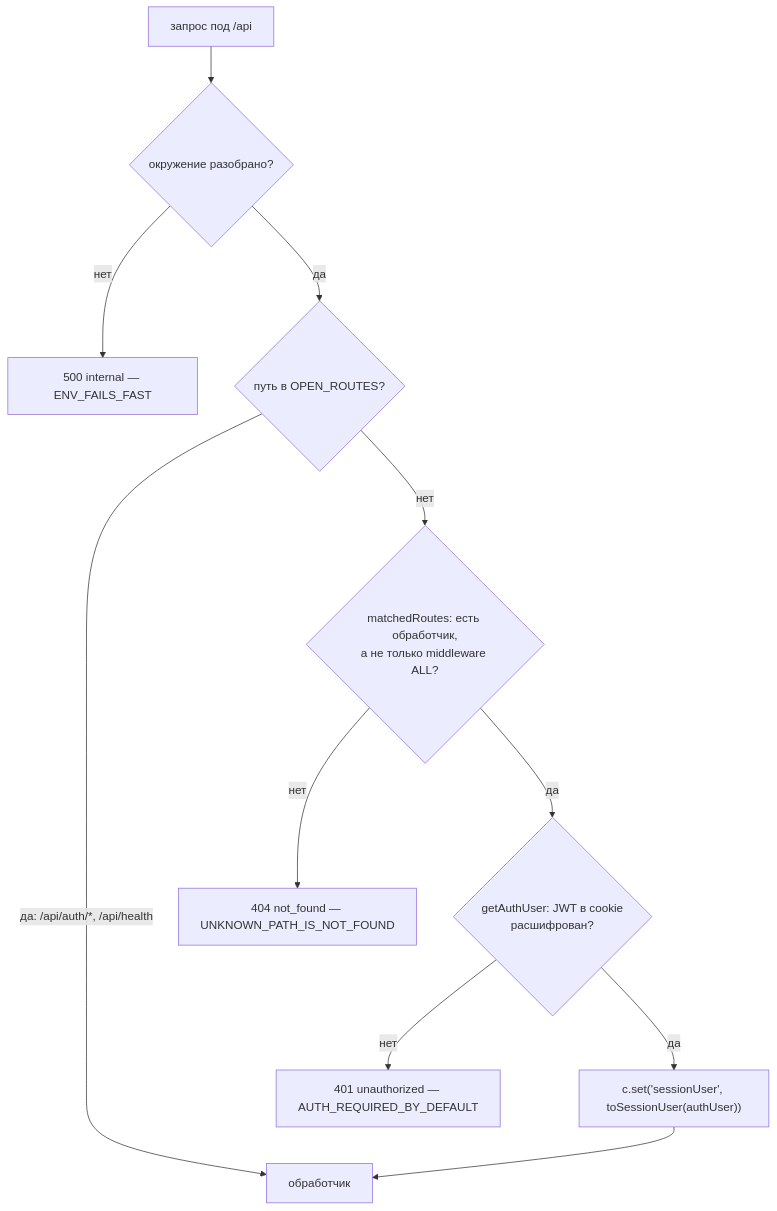
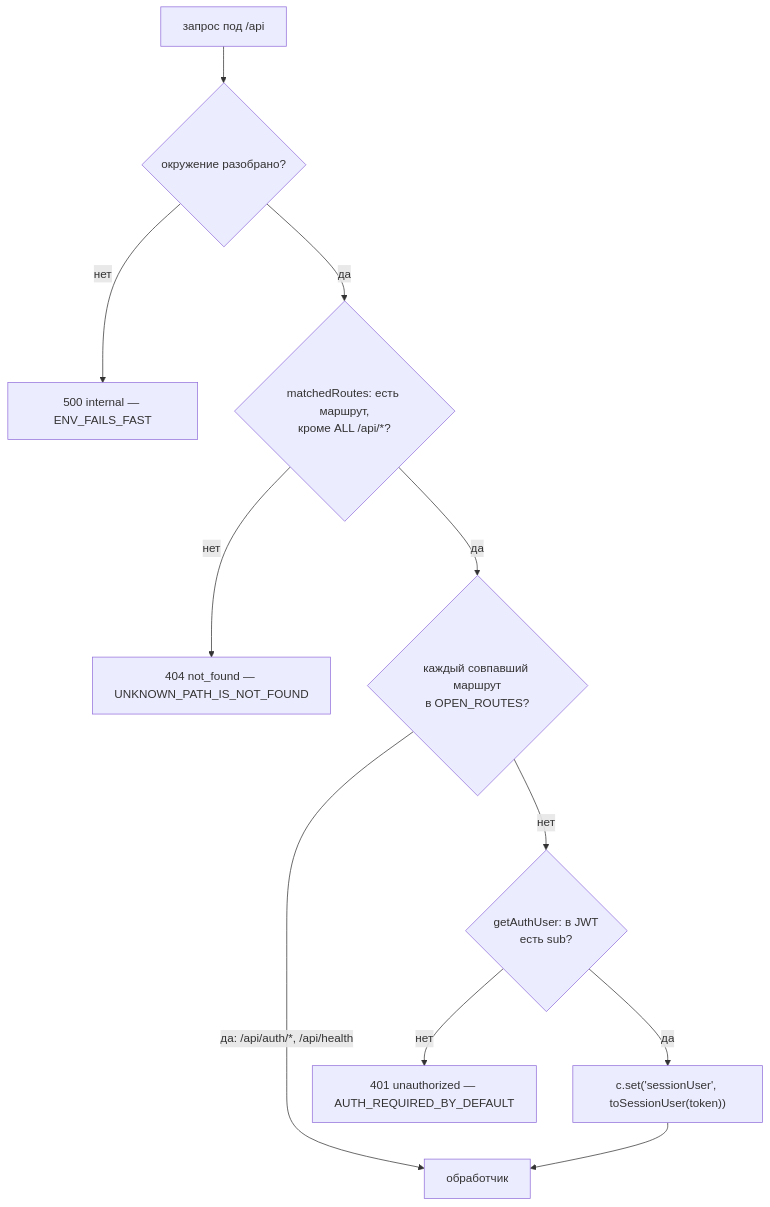
One commit to shhhwepsss/eisenhower-todo changed the second of 6 diagrams in docs/specs/52-google-auth.md. Above: the diagram before and after it, drawn with Mermaid. The commit also changed other lines of this file and 42 other files, not shown here.

First line of the commit message:
[#52] Фаза 2: вход через Google, requireSession, GET /api/me

````diff
--- a/docs/specs/52-google-auth.md
+++ b/docs/specs/52-google-auth.md
@@ -69,12 +69,12 @@
 ```mermaid
 flowchart TD
     Q[запрос под /api] --> E{окружение разобрано?}
     E -->|нет| E500["500 internal — ENV_FAILS_FAST"]
-    E -->|да| O{путь в OPEN_ROUTES?}
+    E -->|да| M{"matchedRoutes: есть маршрут,<br/>кроме ALL /api/*?"}
+    M -->|нет| N404["404 not_found — UNKNOWN_PATH_IS_NOT_FOUND"]
+    M -->|да| O{"каждый совпавший маршрут<br/>в OPEN_ROUTES?"}
     O -->|"да: /api/auth/*, /api/health"| H[обработчик]
-    O -->|нет| M{"matchedRoutes: есть обработчик,<br/>а не только middleware ALL?"}
-    M -->|нет| N404["404 not_found — UNKNOWN_PATH_IS_NOT_FOUND"]
-    M -->|да| S{"getAuthUser: JWT в cookie<br/>расшифрован?"}
+    O -->|нет| S{"getAuthUser: в JWT<br/>есть sub?"}
     S -->|нет| U401["401 unauthorized — AUTH_REQUIRED_BY_DEFAULT"]
-    S -->|да| SU["c.set('sessionUser', toSessionUser(authUser))"] --> H
+    S -->|да| SU["c.set('sessionUser', toSessionUser(token))"] --> H
 ```
````
